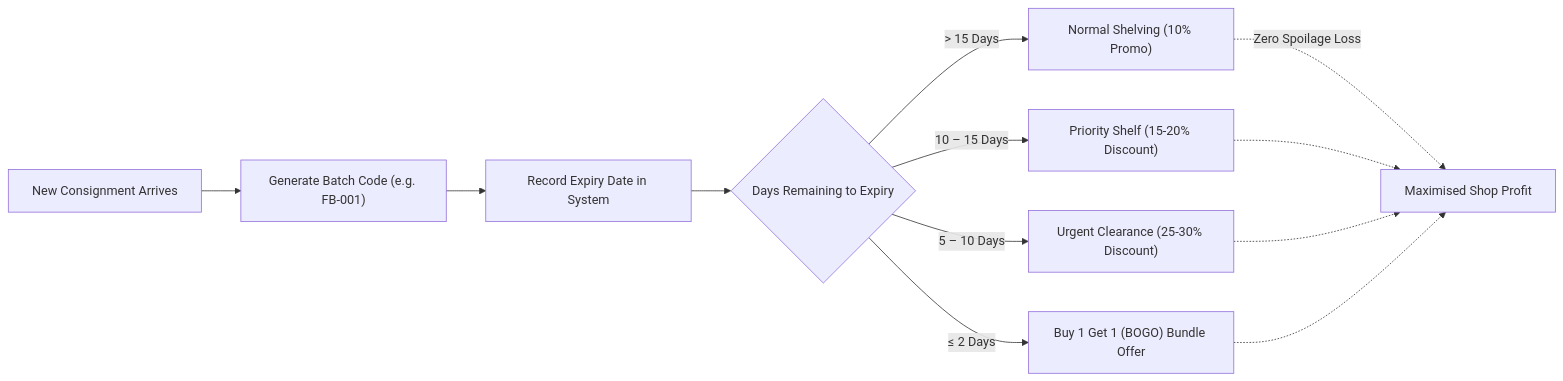
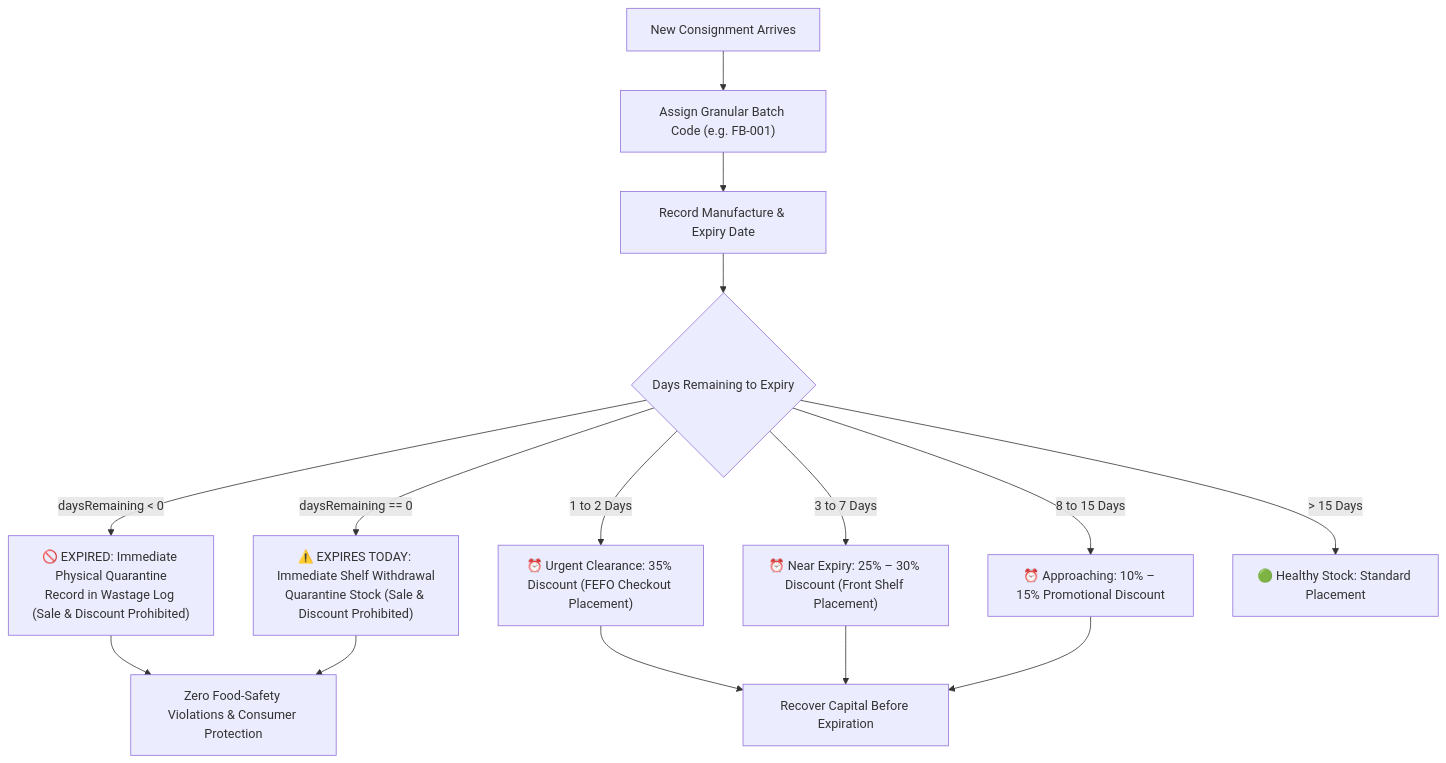
The second of 2 diagrams in README.md (Synity-Soft/-Haalkhata-), drawn with Mermaid before and after one commit. The commit also changed other lines of this file, not shown here.

Commit message:
feat(docs): Update README with new features, AI integration, and enhanced food safety compliance details

````diff
--- a/README.md
+++ b/README.md
@@ -165,16 +196,19 @@
 ```mermaid
-flowchart LR
-    A["New Consignment Arrives"] --> B["Generate Batch Code (e.g. FB-001)"]
-    B --> C["Record Expiry Date in System"]
+flowchart TD
+    A["New Consignment Arrives"] --> B["Assign Granular Batch Code (e.g. FB-001)"]
+    B --> C["Record Manufacture & Expiry Date"]
     C --> D{"Days Remaining to Expiry"}
     
-    D -- "> 15 Days" --> E["Normal Shelving (10% Promo)"]
-    D -- "10 – 15 Days" --> F["Priority Shelf (15-20% Discount)"]
-    D -- "5 – 10 Days" --> G["Urgent Clearance (25-30% Discount)"]
-    D -- "≤ 2 Days" --> H["Buy 1 Get 1 (BOGO) Bundle Offer"]
+    D -- "daysRemaining < 0" --> E["🚫 EXPIRED: Immediate Physical Quarantine\nRecord in Wastage Log (Sale & Discount Prohibited)"]
+    D -- "daysRemaining == 0" --> F["⚠️ EXPIRES TODAY: Immediate Shelf Withdrawal\nQuarantine Stock (Sale & Discount Prohibited)"]
+    D -- "1 to 2 Days" --> G["⏰ Urgent Clearance: 35% Discount (FEFO Checkout Placement)"]
+    D -- "3 to 7 Days" --> H["⏰ Near Expiry: 25% – 30% Discount (Front Shelf Placement)"]
+    D -- "8 to 15 Days" --> I["⏰ Approaching: 10% – 15% Promotional Discount"]
+    D -- "> 15 Days" --> J["🟢 Healthy Stock: Standard Placement"]
     
-    E -. "Zero Spoilage Loss" .-> I["Maximised Shop Profit"]
-    F -.-> I
-    G -.-> I
-    H -.-> I
+    G --> K["Recover Capital Before Expiration"]
+    H --> K
+    I --> K
+    E --> L["Zero Food-Safety Violations & Consumer Protection"]
+    F --> L
 ```
````
